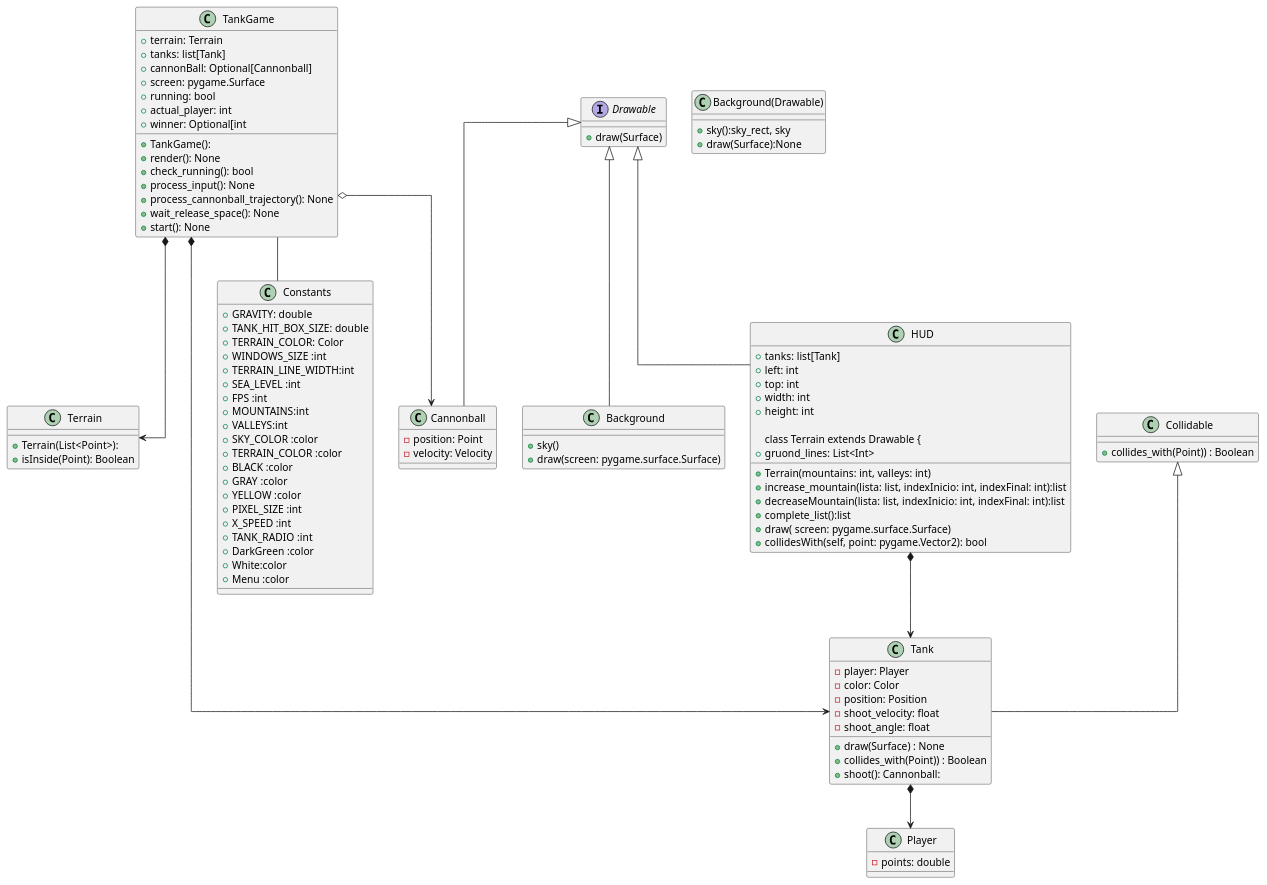
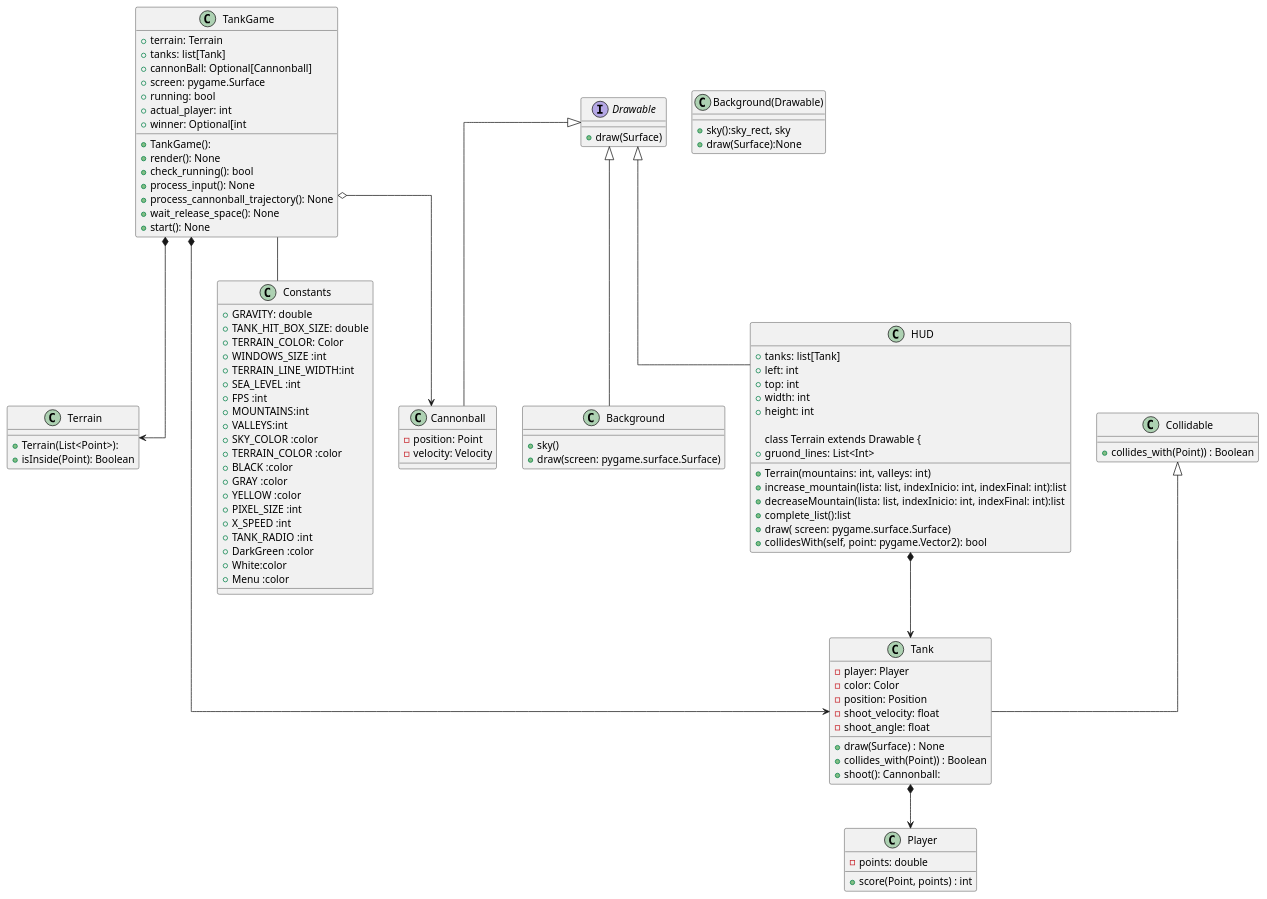
The diagram in uml/entire.plantuml (fraco-oxza/tankGame), drawn with PlantUML before and after one commit. The commit also changed 1 other file, not shown here.

Commit message:
improved score function and change in uml

```diff
--- a/uml/entire.plantuml
+++ b/uml/entire.plantuml
@@ -1,114 +1,115 @@
 @startuml
 
 top to bottom direction
 skinparam linetype ortho
 
 ' Fco
 class TankGame {
     + terrain: Terrain
     + tanks: list[Tank]
     + cannonBall: Optional[Cannonball]
     + screen: pygame.Surface
     + running: bool
     + actual_player: int
     + winner: Optional[int
 
     + TankGame():
     + render(): None
     + check_running(): bool
     + process_input(): None
     + process_cannonball_trajectory(): None
     + wait_release_space(): None
     + start(): None
 
 }
 
 class Cannonball extends Drawable {
     - position: Point
     - velocity: Velocity
 }
 
 interface Drawable {
     + draw(Surface)
 }
 class Background extends Drawable{
     +sky()
     +draw(screen: pygame.surface.Surface)
 }
 class HUD extends Drawable{
     + tanks: list[Tank]
     + left: int
     + top: int
     + width: int
     + height: int
 
 class Terrain extends Drawable {
     +gruond_lines: List<Int>
 
     + Terrain(mountains: int, valleys: int)
     +increase_mountain(lista: list, indexInicio: int, indexFinal: int):list
     +decreaseMountain(lista: list, indexInicio: int, indexFinal: int):list
     +complete_list():list
     +draw( screen: pygame.surface.Surface)
     +collidesWith(self, point: pygame.Vector2): bool
 }
 class Collidable {
  +collides_with(Point)) : Boolean
 }
 class Terrain {
     + Terrain(List<Point>):
     + isInside(Point): Boolean
 }
 class Background(Drawable){
 
     + sky():sky_rect, sky
     + draw(Surface):None
 }
 class Tank extends Collidable  {
     - player: Player
     - color: Color
     - position: Position
     -shoot_velocity: float
     -shoot_angle: float
 
     +draw(Surface) : None
     +collides_with(Point)) : Boolean
     +shoot(): Cannonball:
 }
 
 class Player {
     - points: double
+    +score(Point, points) : int
 }
 
 class Constants {
     + GRAVITY: double
     + TANK_HIT_BOX_SIZE: double
     + TERRAIN_COLOR: Color
     + WINDOWS_SIZE :int
     + TERRAIN_LINE_WIDTH:int
     + SEA_LEVEL :int
     + FPS :int
     +MOUNTAINS:int
     +VALLEYS:int
     +SKY_COLOR :color
     +TERRAIN_COLOR :color
     +BLACK :color
     +GRAY :color
     +YELLOW :color
     +PIXEL_SIZE :int
     +X_SPEED :int
     +TANK_RADIO :int
     +DarkGreen :color
     +White:color
     +Menu :color
 }
 
 TankGame -- Constants
 
 TankGame *--> Tank
 TankGame o--> Cannonball
 TankGame *--> Terrain
 Tank *--> Player
 HUD *--> Tank
 
 @enduml
```
